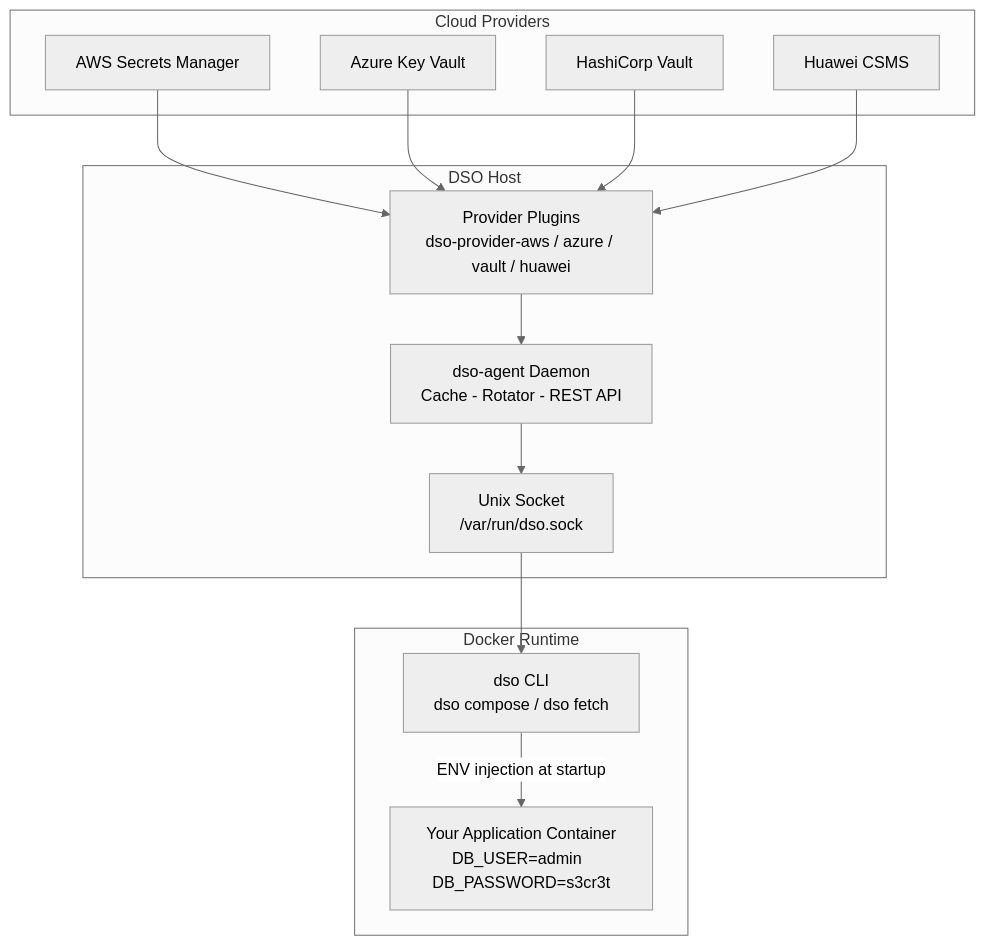
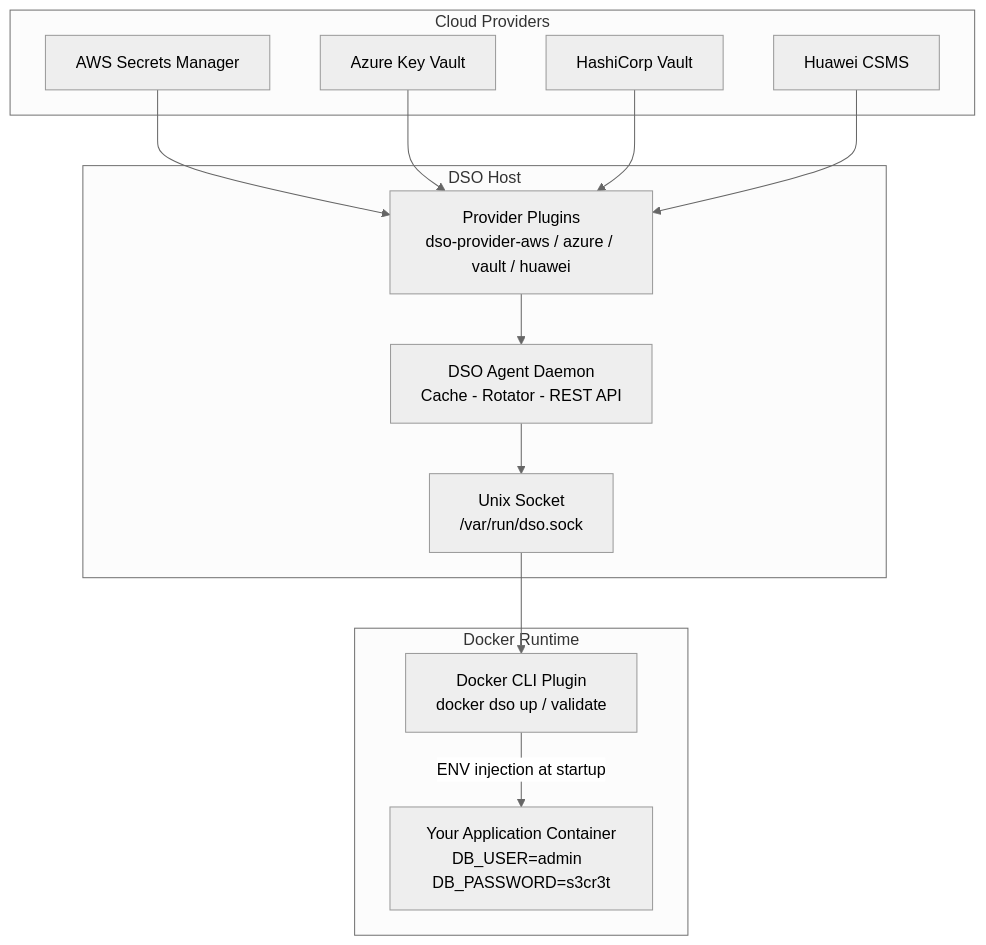
The first of 2 diagrams in docs/index.md (docker-secret-operator/dso), drawn with Mermaid (neutral theme) before and after one commit. The commit also changed other lines of this file and 53 other files, not shown here.

````diff
--- a/docs/index.md
+++ b/docs/index.md
@@ -153,29 +153,29 @@
 ```mermaid
 graph TD
     subgraph Cloud Providers
         AWS["AWS Secrets Manager"]
         Azure["Azure Key Vault"]
         Vault["HashiCorp Vault"]
         Huawei["Huawei CSMS"]
     end
 
     subgraph DSO Host
         Plugins["Provider Plugins<br/>dso-provider-aws / azure / vault / huawei"]
-        Agent["dso-agent Daemon<br/>Cache - Rotator - REST API"]
+        Agent["DSO Agent Daemon<br/>Cache - Rotator - REST API"]
         Socket["Unix Socket<br/>/var/run/dso.sock"]
     end
 
     subgraph Docker Runtime
-        CLI["dso CLI<br/>dso compose / dso fetch"]
+        CLI["Docker CLI Plugin<br/>docker dso up / validate"]
         Container["Your Application Container<br/>DB_USER=admin  DB_PASSWORD=s3cr3t"]
     end
 
     AWS --> Plugins
     Azure --> Plugins
     Vault --> Plugins
     Huawei --> Plugins
     Plugins --> Agent
     Agent --> Socket
     Socket --> CLI
     CLI -->|"ENV injection at startup"| Container
 ```
````
